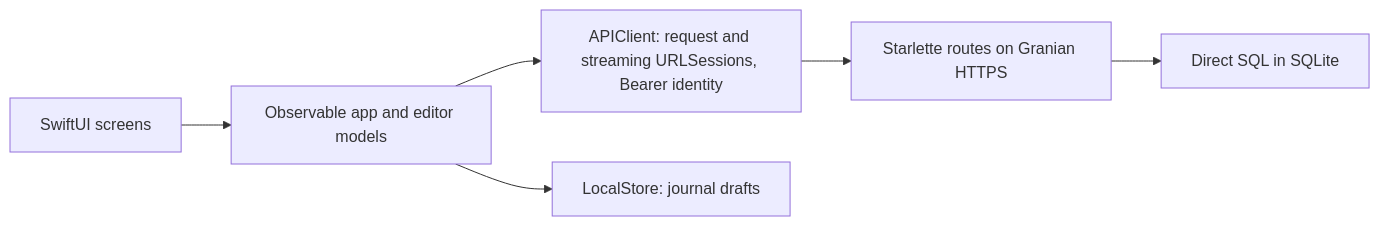
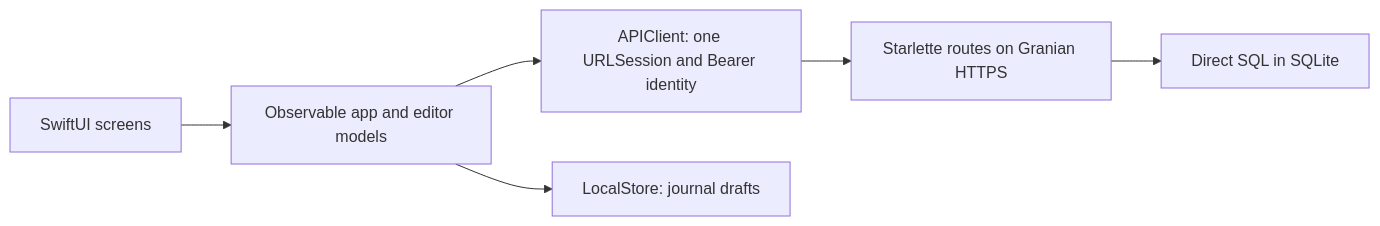
Before and after one commit to ShuttleCode-DreamLog/ShuttleCode: the diagram in docs/Architecture.md, drawn with Mermaid. The commit also changed other lines of this file and 22 other files, not shown here.

````diff
--- a/docs/Architecture.md
+++ b/docs/Architecture.md
@@ -5,8 +5,8 @@
 ```mermaid
 flowchart LR
     V[SwiftUI screens] --> M[Observable app and editor models]
-    M --> C[APIClient: request and streaming URLSessions, Bearer identity]
+    M --> C[APIClient: one URLSession and Bearer identity]
     C --> R[Starlette routes on Granian HTTPS]
     R --> S[Direct SQL in SQLite]
     M --> L[LocalStore: journal drafts]
 ```
````
